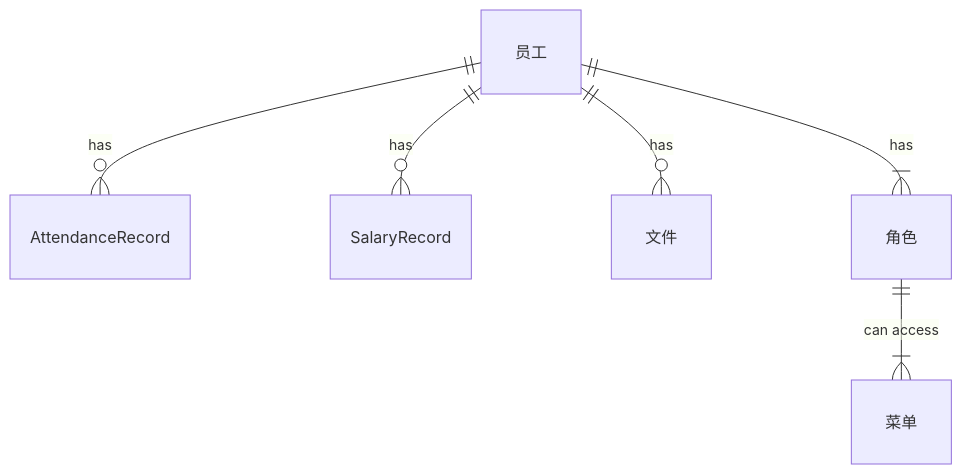
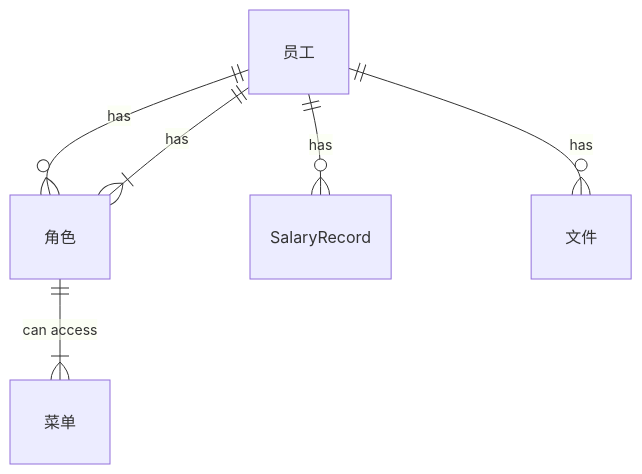
Before and after one commit to 1235648solitary/iodraw-files: the diagram in all/未命名-1.md, drawn with Mermaid.

Commit message:
2025-04-22 23:28:33 update

````diff
--- a/all/未命名-1.md
+++ b/all/未命名-1.md
@@ -1,9 +1,9 @@
 ```mermaid
 erDiagram
-              "员工" ||--o{ AttendanceRecord : "has"
+              "员工" ||--o{ "角色" : "has"
     "员工" ||--o{ SalaryRecord : "has"
     "员工"||--o{ "文件" : "has"
     "员工" ||--|{ "角色" : "has"
     "角色" ||--|{ "菜单" : "can access" 
             
 ```
````
